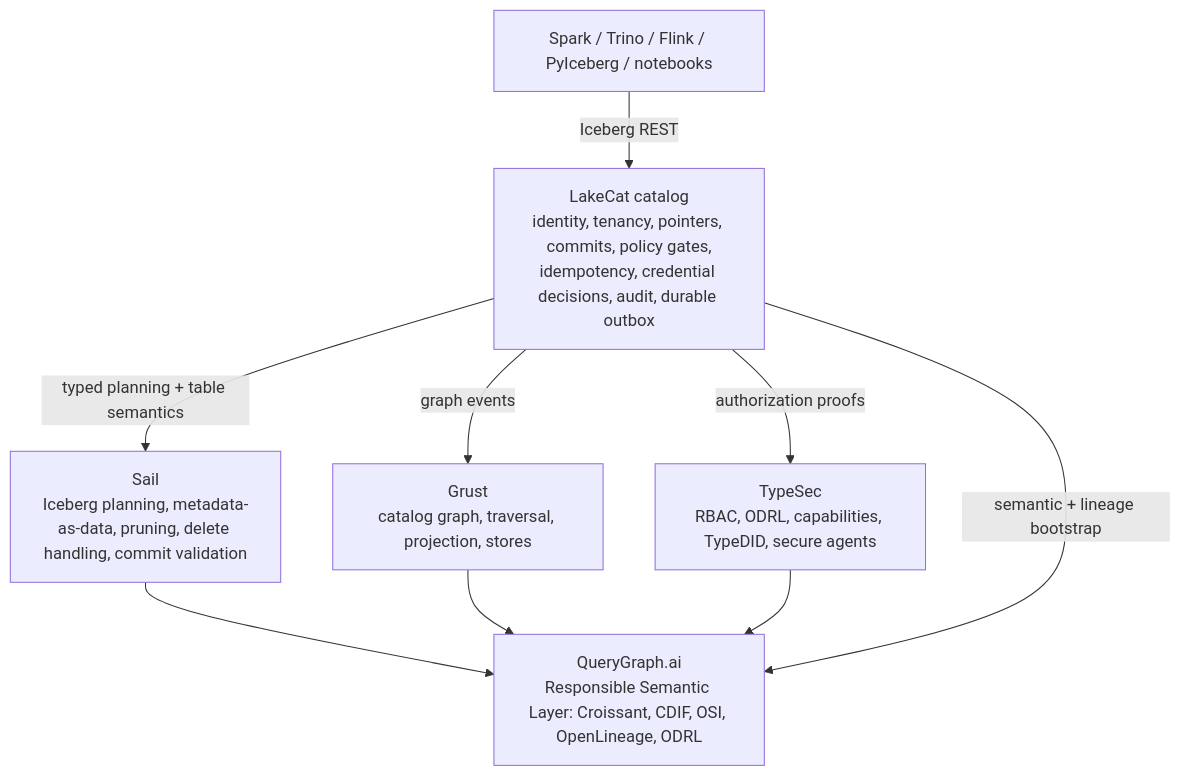
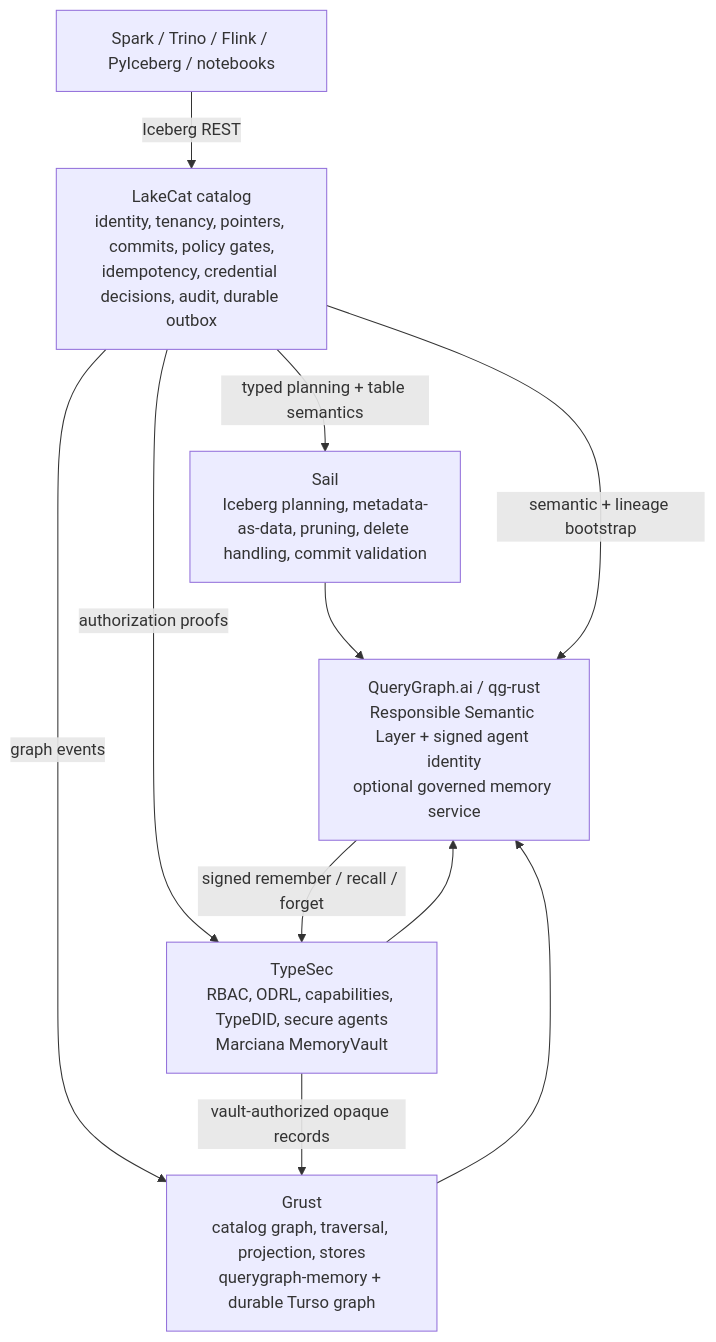
The diagram in docs/book/diagrams/diagram-08.mmd (querygraph/lakecat), drawn with Mermaid before and after one commit. The commit also changed 27 other files, not shown here.

```diff
--- a/docs/book/diagrams/diagram-08.mmd
+++ b/docs/book/diagrams/diagram-08.mmd
@@ -1,15 +1,17 @@
 flowchart TB
   tools[Spark / Trino / Flink / PyIceberg / notebooks]
   lc[LakeCat catalog<br/>identity, tenancy, pointers, commits, policy gates,<br/>idempotency, credential decisions, audit, durable outbox]
   sail[Sail<br/>Iceberg planning, metadata-as-data, pruning, delete handling, commit validation]
-  grust[Grust<br/>catalog graph, traversal, projection, stores]
-  typesec[TypeSec<br/>RBAC, ODRL, capabilities, TypeDID, secure agents]
-  qg[QueryGraph.ai<br/>Responsible Semantic Layer: Croissant, CDIF, OSI, OpenLineage, ODRL]
+  grust[Grust<br/>catalog graph, traversal, projection, stores<br/>querygraph-memory + durable Turso graph]
+  typesec[TypeSec<br/>RBAC, ODRL, capabilities, TypeDID, secure agents<br/>Marciana MemoryVault]
+  qg[QueryGraph.ai / qg-rust<br/>Responsible Semantic Layer + signed agent identity<br/>optional governed memory service]
   tools -->|Iceberg REST| lc
   lc -->|typed planning + table semantics| sail
   lc -->|graph events| grust
   lc -->|authorization proofs| typesec
   sail --> qg
   grust --> qg
   typesec --> qg
   lc -->|semantic + lineage bootstrap| qg
+  qg -->|signed remember / recall / forget| typesec
+  typesec -->|vault-authorized opaque records| grust
```
